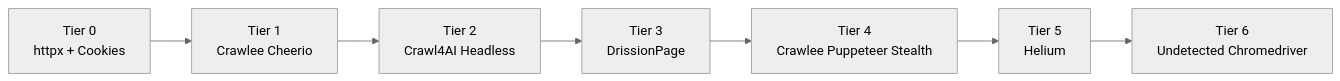
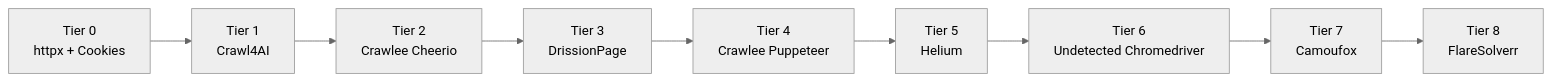
One commit to rhaffle87/scrAPE changed the second of 3 diagrams in docs/ARCHITECTURE.md. Above: the diagram before and after it, drawn with Mermaid (neutral theme). The commit also changed other lines of this file and 16 other files, not shown here.

````diff
--- a/docs/ARCHITECTURE.md
+++ b/docs/ARCHITECTURE.md
@@ -114,9 +115,11 @@
 ```mermaid
 flowchart LR
-    T0["Tier 0<br/>httpx + Cookies"] --> T1["Tier 1<br/>Crawlee Cheerio"]
-    T1 --> T2["Tier 2<br/>Crawl4AI Headless"]
+    T0["Tier 0<br/>httpx + Cookies"] --> T1["Tier 1<br/>Crawl4AI"]
+    T1 --> T2["Tier 2<br/>Crawlee Cheerio"]
     T2 --> T3["Tier 3<br/>DrissionPage"]
-    T3 --> T4["Tier 4<br/>Crawlee Puppeteer Stealth"]
+    T3 --> T4["Tier 4<br/>Crawlee Puppeteer"]
     T4 --> T5["Tier 5<br/>Helium"]
     T5 --> T6["Tier 6<br/>Undetected Chromedriver"]
+    T6 --> T7["Tier 7<br/>Camoufox"]
+    T7 --> T8["Tier 8<br/>FlareSolverr"]
 ```
````
